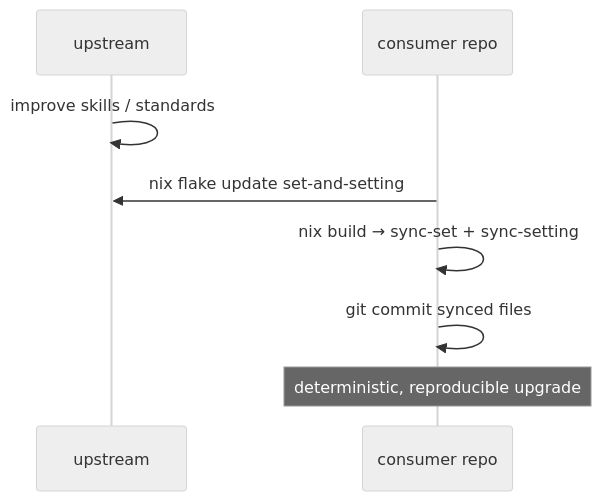
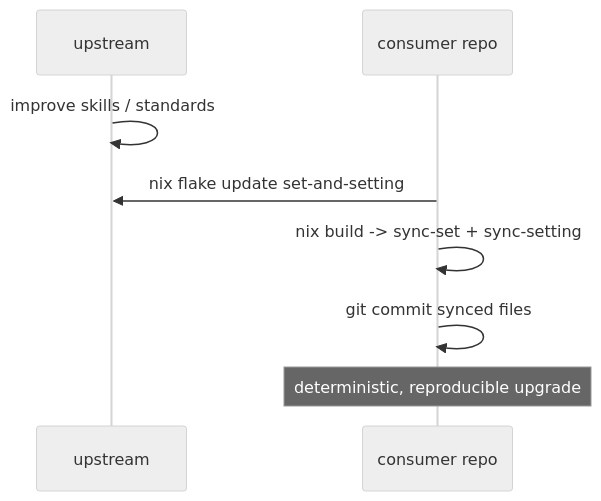
Before and after one commit to pr0d1r2/set-and-setting: the third of 3 diagrams in README.md, drawn with Mermaid (neutral theme). The commit also changed other lines of this file and 3 other files, not shown here.

````diff
--- a/README.md
+++ b/README.md
@@ -47,11 +138,11 @@
 ```mermaid
 sequenceDiagram
     participant U as upstream
     participant C as consumer repo
 
     U->>U: improve skills / standards
     C->>U: nix flake update set-and-setting
-    C->>C: nix build → sync-set + sync-setting
+    C->>C: nix build -> sync-set + sync-setting
     C->>C: git commit synced files
     Note over C: deterministic, reproducible upgrade
 ```
````
